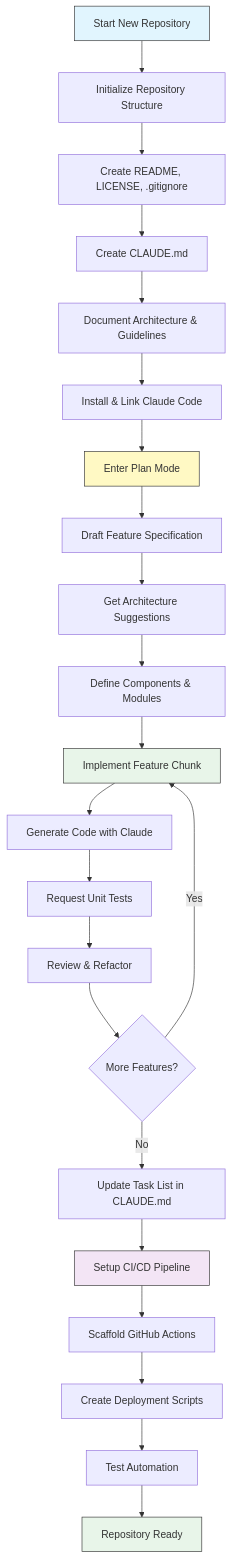
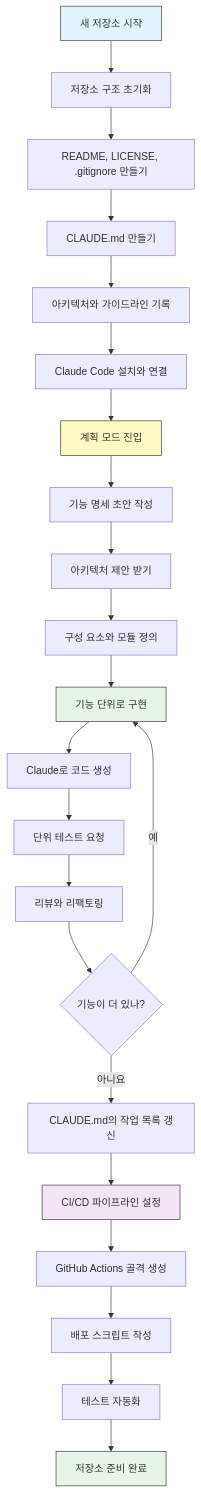
The first of 2 diagrams in resources.md (KIMDONGWHEE99/howkorean), drawn with Mermaid before and after one commit. The commit also changed other lines of this file, not shown here.

````diff
--- a/resources.md
+++ b/resources.md
@@ -122,33 +122,33 @@
 ```mermaid
 graph TD
-    A[Start New Repository] --> B[Initialize Repository Structure]
-    B --> C[Create README, LICENSE, .gitignore]
-    C --> D[Create CLAUDE.md]
-    D --> E[Document Architecture & Guidelines]
-    E --> F[Install & Link Claude Code]
+    A["새 저장소 시작"] --> B["저장소 구조 초기화"]
+    B --> C["README, LICENSE, .gitignore 만들기"]
+    C --> D["CLAUDE.md 만들기"]
+    D --> E["아키텍처와 가이드라인 기록"]
+    E --> F["Claude Code 설치와 연결"]
 
-    F --> G[Enter Plan Mode]
-    G --> H[Draft Feature Specification]
-    H --> I[Get Architecture Suggestions]
-    I --> J[Define Components & Modules]
+    F --> G["계획 모드 진입"]
+    G --> H["기능 명세 초안 작성"]
+    H --> I["아키텍처 제안 받기"]
+    I --> J["구성 요소와 모듈 정의"]
 
-    J --> K[Implement Feature Chunk]
-    K --> L[Generate Code with Claude]
-    L --> M[Request Unit Tests]
-    M --> N[Review & Refactor]
-    N --> O{More Features?}
-    O -->|Yes| K
-    O -->|No| P[Update Task List in CLAUDE.md]
+    J --> K["기능 단위로 구현"]
+    K --> L["Claude로 코드 생성"]
+    L --> M["단위 테스트 요청"]
+    M --> N["리뷰와 리팩토링"]
+    N --> O{"기능이 더 있나?"}
+    O -->|예| K
+    O -->|아니요| P["CLAUDE.md의 작업 목록 갱신"]
 
-    P --> Q[Setup CI/CD Pipeline]
-    Q --> R[Scaffold GitHub Actions]
-    R --> S[Create Deployment Scripts]
-    S --> T[Test Automation]
-    T --> U[Repository Ready]
+    P --> Q["CI/CD 파이프라인 설정"]
+    Q --> R["GitHub Actions 골격 생성"]
+    R --> S["배포 스크립트 작성"]
+    S --> T["테스트 자동화"]
+    T --> U["저장소 준비 완료"]
 
     style A fill:#e1f5fe,stroke:#333,color:#333
     style G fill:#fff9c4,stroke:#333,color:#333
     style K fill:#e8f5e9,stroke:#333,color:#333
     style Q fill:#f3e5f5,stroke:#333,color:#333
     style U fill:#e8f5e9,stroke:#333,color:#333
 ```
````
